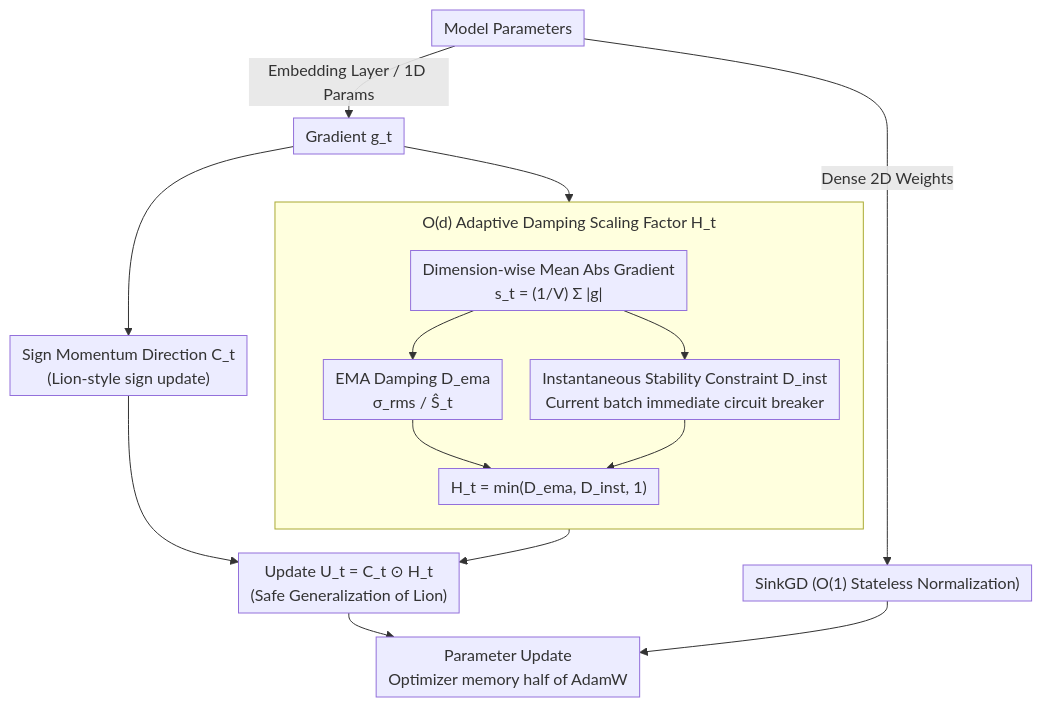
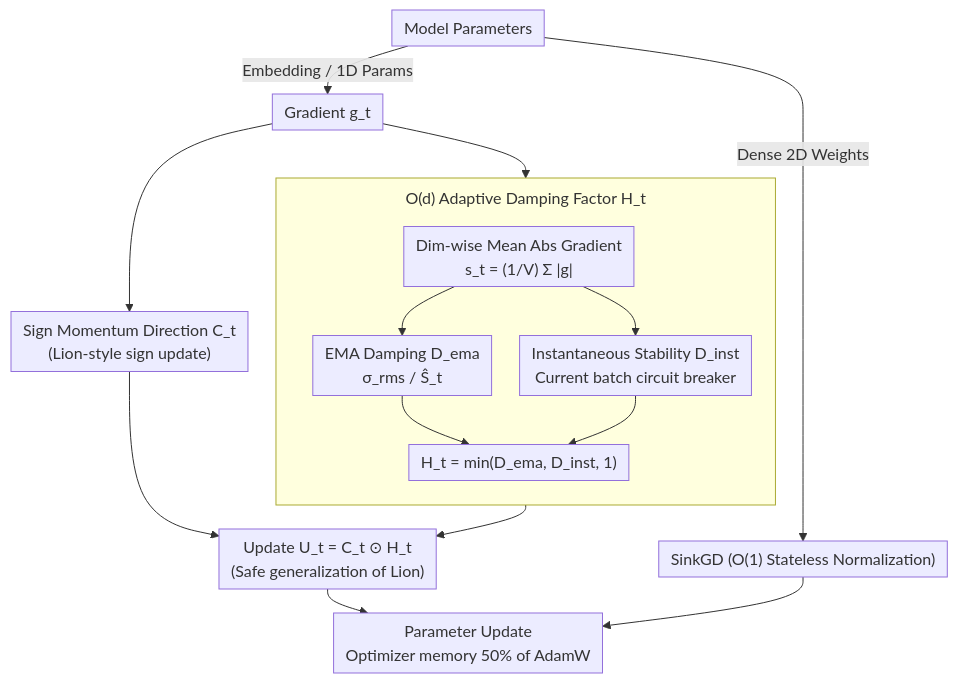
Before and after one commit to zhaoyang97/Paper-Notes-en: the diagram in docs/ACL2026/llm_pretraining/sage_sign-adaptive_gradient_for_memory-efficient_llm_optimization.md, drawn with Mermaid. The commit also changed other lines of this file and 5084 other files, not shown here.

````diff
--- a/docs/ACL2026/llm_pretraining/sage_sign-adaptive_gradient_for_memory-efficient_llm_optimization.md
+++ b/docs/ACL2026/llm_pretraining/sage_sign-adaptive_gradient_for_memory-efficient_llm_optimization.md
@@ -44,19 +44,19 @@
 ```mermaid
 %%{init: {'flowchart': {'rankSpacing': 24, 'nodeSpacing': 28, 'padding': 6, 'wrappingWidth': 400, 'subGraphTitleMargin': {'top': 8, 'bottom': 16}}}}%%
 flowchart TD
     P["Model Parameters"] -->|"Dense 2D Weights"| DENSE["SinkGD (O(1) Stateless Normalization)"]
-    P -->|"Embedding Layer / 1D Params"| G["Gradient g_t"]
+    P -->|"Embedding / 1D Params"| G["Gradient g_t"]
     G --> SIGN["Sign Momentum Direction C_t<br/>(Lion-style sign update)"]
-    G --> S["Dimension-wise Mean Abs Gradient<br/>s_t = (1/V) Σ |g|"]
-    subgraph H["O(d) Adaptive Damping Scaling Factor H_t"]
+    G --> S["Dim-wise Mean Abs Gradient<br/>s_t = (1/V) Σ |g|"]
+    subgraph H["O(d) Adaptive Damping Factor H_t"]
         direction TB
         S --> EMA["EMA Damping D_ema<br/>σ_rms / Ŝ_t"]
-        S --> INST["Instantaneous Stability Constraint D_inst<br/>Current batch immediate circuit breaker"]
+        S --> INST["Instantaneous Stability D_inst<br/>Current batch circuit breaker"]
         EMA --> MIN["H_t = min(D_ema, D_inst, 1)"]
         INST --> MIN
     end
-    SIGN --> U["Update U_t = C_t ⊙ H_t<br/>(Safe Generalization of Lion)"]
+    SIGN --> U["Update U_t = C_t ⊙ H_t<br/>(Safe generalization of Lion)"]
     MIN --> U
-    U --> OUT["Parameter Update<br/>Optimizer memory half of AdamW"]
+    U --> OUT["Parameter Update<br/>Optimizer memory 50% of AdamW"]
     DENSE --> OUT
 ```
````
